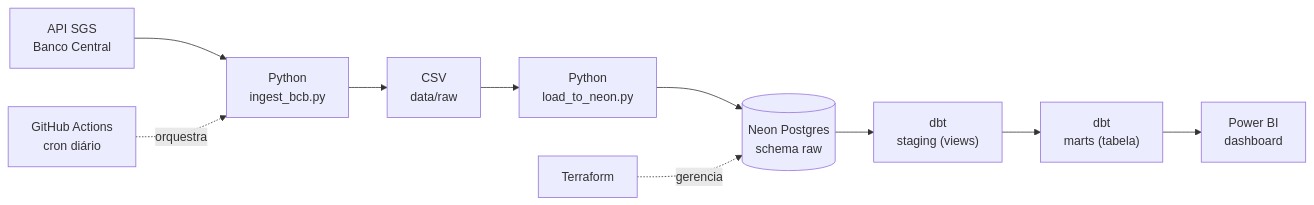
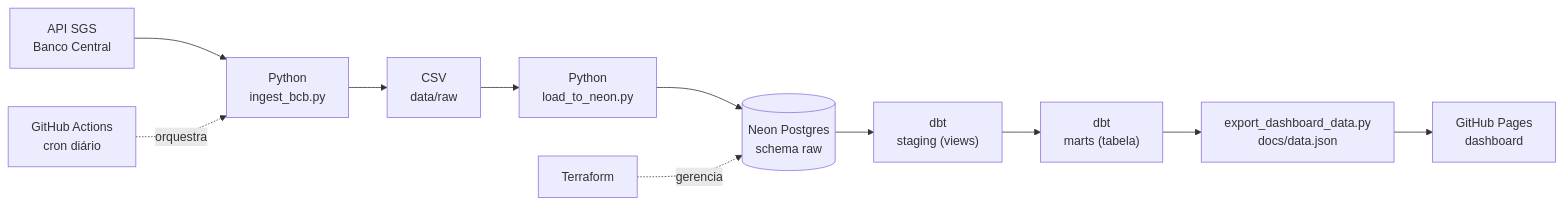
One commit to jpnovaes-data/projeto-indicadores-economicos-bcb changed the diagram in README.md. Above: the diagram before and after it, drawn with Mermaid. The commit also changed other lines of this file and 2 other files, not shown here.

````diff
--- a/README.md
+++ b/README.md
@@ -11,12 +11,13 @@
 ```mermaid
 flowchart LR
     A["API SGS<br/>Banco Central"] --> B["Python<br/>ingest_bcb.py"]
     B --> C["CSV<br/>data/raw"]
     C --> D["Python<br/>load_to_neon.py"]
     D --> E[("Neon Postgres<br/>schema raw")]
     E --> F["dbt<br/>staging (views)"]
     F --> G["dbt<br/>marts (tabela)"]
-    G --> H["Power BI<br/>dashboard"]
-    I["Terraform"] -. "gerencia" .-> E
-    J["GitHub Actions<br/>cron diário"] -. "orquestra" .-> B
+    G --> H["export_dashboard_data.py<br/>docs/data.json"]
+    H --> I["GitHub Pages<br/>dashboard"]
+    J["Terraform"] -. "gerencia" .-> E
+    K["GitHub Actions<br/>cron diário"] -. "orquestra" .-> B
 ```
````
